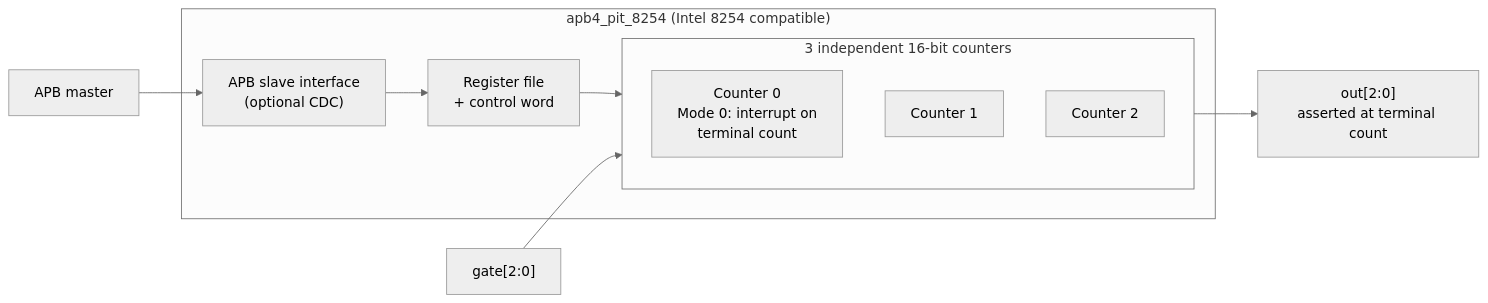
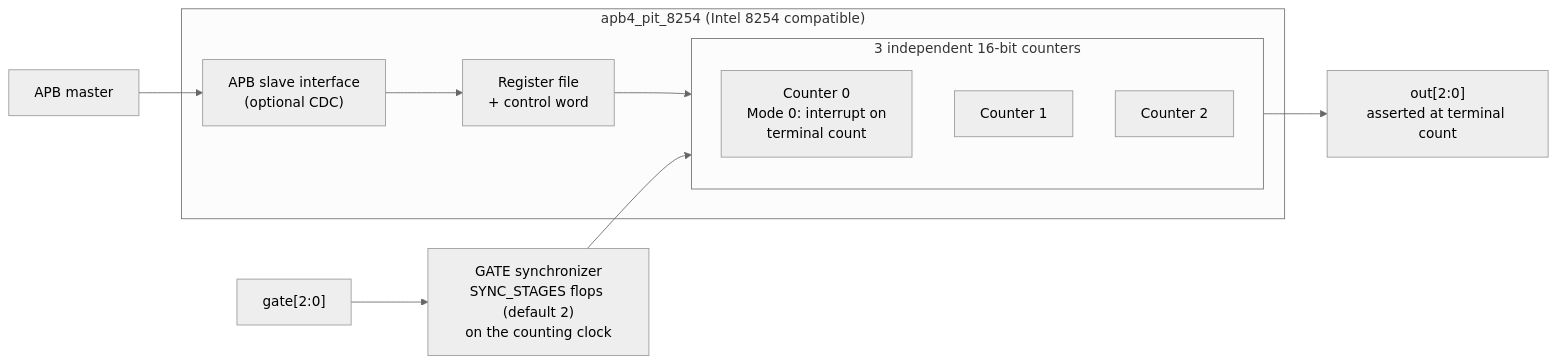
One commit to sean-galloway/RTLDesignSherpa changed the diagram in projects/components/retro_legacy_blocks/docs/pit_8254_mas/assets/diagrams/apb4_pit_8254_blocks.mmd. Above: the diagram before and after it, drawn with Mermaid. The commit also changed 22 other files, not shown here.

```diff
--- a/projects/components/retro_legacy_blocks/docs/pit_8254_mas/assets/diagrams/apb4_pit_8254_blocks.mmd
+++ b/projects/components/retro_legacy_blocks/docs/pit_8254_mas/assets/diagrams/apb4_pit_8254_blocks.mmd
@@ -1,15 +1,15 @@
 %%{init: {'theme': 'neutral'}}%%
 flowchart LR
     APB["APB master"] --> IF
     subgraph PIT["apb4_pit_8254 (Intel 8254 compatible)"]
         IF["APB slave interface<br/>(optional CDC)"]
         RF["Register file<br/>+ control word"]
         subgraph CTRS["3 independent 16-bit counters"]
             C0["Counter 0<br/>Mode 0: interrupt on<br/>terminal count"]
             C1["Counter 1"]
             C2["Counter 2"]
         end
     end
     IF --> RF --> CTRS
-    GATE["gate[2:0]"] --> CTRS
+    GATE["gate[2:0]"] --> SYNC["GATE synchronizer<br/>SYNC_STAGES flops (default 2)<br/>on the counting clock"] --> CTRS
     CTRS --> OUTP["out[2:0]<br/>asserted at terminal count"]
```
